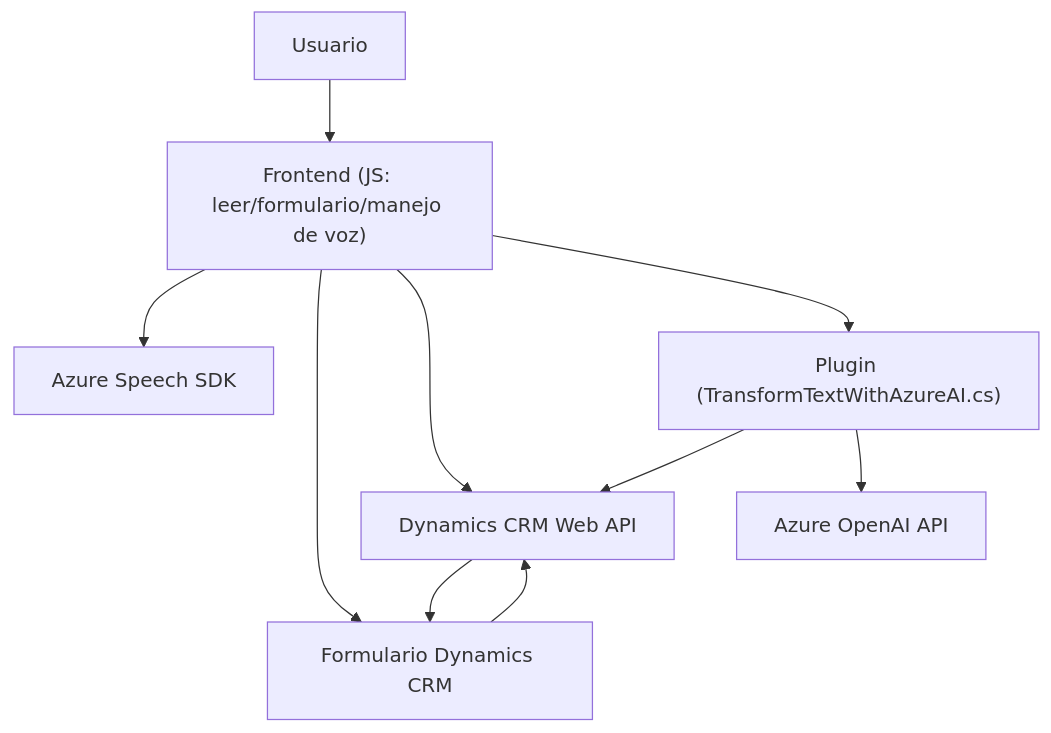
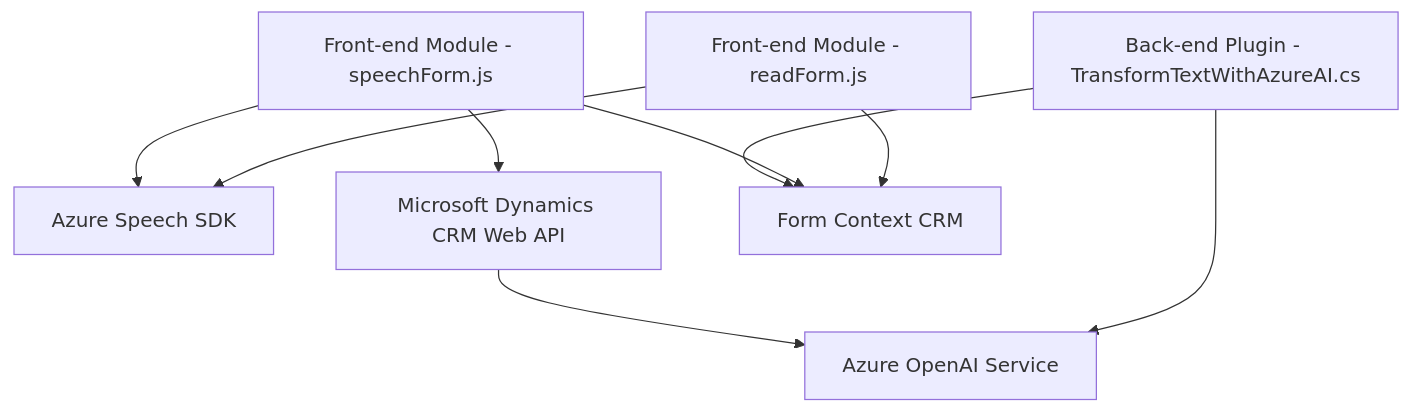
One commit to blopezdm/NETCORE_BILBAO2025 changed the diagram in README.md. Above: the diagram before and after it, drawn with Mermaid. The commit also changed other lines of this file, not shown here.

````diff
--- a/README.md
+++ b/README.md
@@ -51,25 +35,19 @@
 ```mermaid
 graph TD
+    A["Front-end Module - readForm.js"]
+    B["Front-end Module - speechForm.js"]
+    C["Azure Speech SDK"]
+    D["Microsoft Dynamics CRM Web API"]
+    E["Back-end Plugin - TransformTextWithAzureAI.cs"]
+    F["Azure OpenAI Service"]
+    G["Form Context CRM"]
 
-AzureSpeechSDK["Azure Speech SDK"]
-AzureOpenAI["Azure OpenAI API"]
-DynamicsAPI["Dynamics CRM Web API"]
-
-Frontend_JS["Frontend (JS: leer/formulario/manejo de voz)"]
-DynamicsPlugin["Plugin (TransformTextWithAzureAI.cs)"]
-
-User["Usuario"]
-Formulario["Formulario Dynamics CRM"]
-
-User --> Frontend_JS
-Frontend_JS --> AzureSpeechSDK
-Frontend_JS --> Formulario
-Frontend_JS --> DynamicsAPI
-
-DynamicsPlugin --> DynamicsAPI
-DynamicsPlugin --> AzureOpenAI
-DynamicsAPI --> Formulario
-Formulario --> DynamicsAPI
-
-Frontend_JS --> DynamicsPlugin
+    A --> C
+    B --> C
+    B --> D
+    A --> G
+    B --> G
+    E --> F
+    E --> G
+    D --> F
 ```
````
